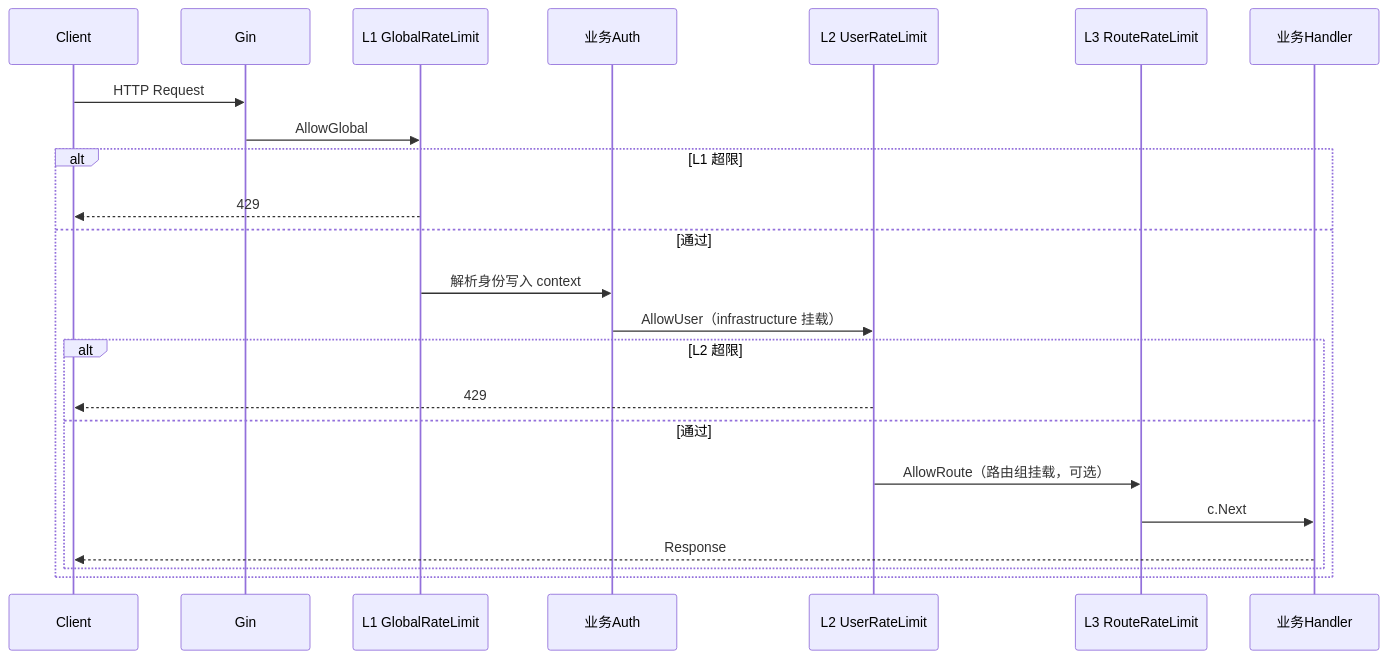
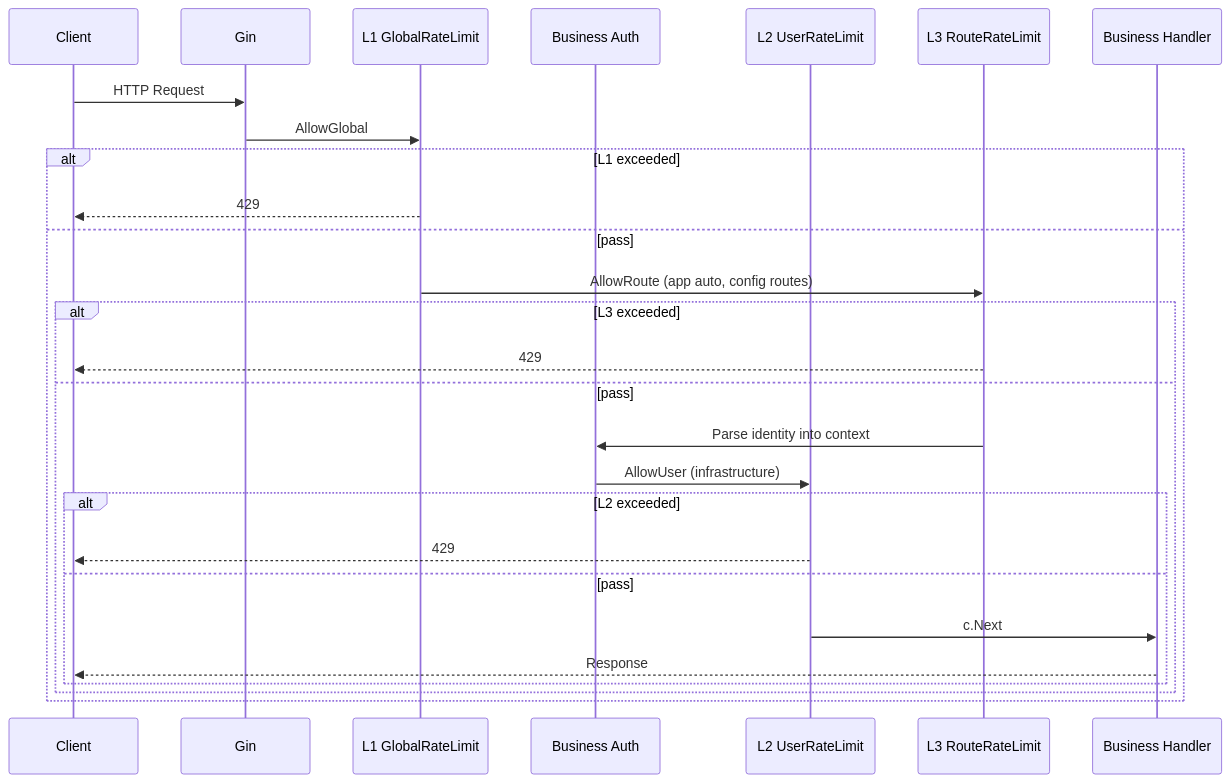
One commit to ymhhh/goblocks changed the second of 2 diagrams in docs/architecture.md. Above: the diagram before and after it, drawn with Mermaid. The commit also changed other lines of this file and 20 other files, not shown here.

````diff
--- a/docs/architecture.md
+++ b/docs/architecture.md
@@ -83,26 +83,30 @@
 ```mermaid
 sequenceDiagram
   participant Client
   participant Gin
   participant L1 as L1 GlobalRateLimit
-  participant Auth as 业务Auth
+  participant Auth as Business Auth
   participant L2 as L2 UserRateLimit
   participant L3 as L3 RouteRateLimit
-  participant Handler as 业务Handler
+  participant Handler as Business Handler
 
   Client->>Gin: HTTP Request
   Gin->>L1: AllowGlobal
-  alt L1 超限
+  alt L1 exceeded
     L1-->>Client: 429
-  else 通过
-    L1->>Auth: 解析身份写入 context
-    Auth->>L2: AllowUser（infrastructure 挂载）
-    alt L2 超限
-      L2-->>Client: 429
-    else 通过
-      L2->>L3: AllowRoute（路由组挂载，可选）
-      L3->>Handler: c.Next
-      Handler-->>Client: Response
+  else pass
+    L1->>L3: AllowRoute (app auto, config routes)
+    alt L3 exceeded
+      L3-->>Client: 429
+    else pass
+      L3->>Auth: Parse identity into context
+      Auth->>L2: AllowUser (infrastructure)
+      alt L2 exceeded
+        L2-->>Client: 429
+      else pass
+        L2->>Handler: c.Next
+        Handler-->>Client: Response
+      end
     end
   end
 ```
````
